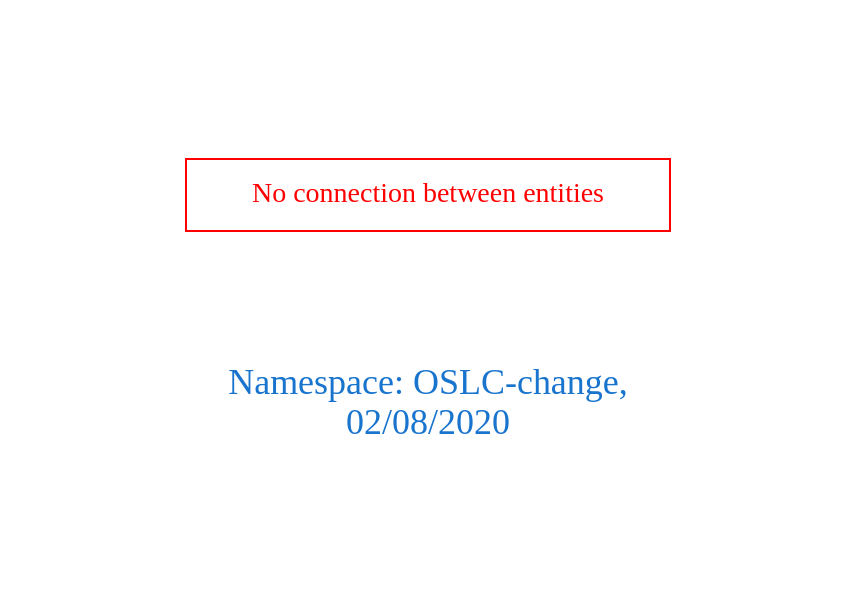
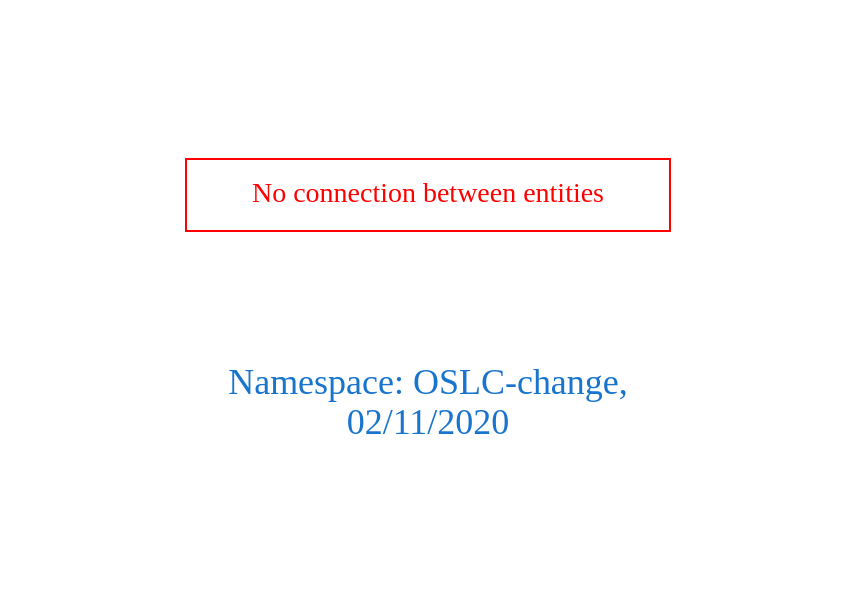
One commit to arago/OGIT changed the diagram in downloads/OSLC-change.dot. Above: the diagram before and after it, drawn with Graphviz. The commit also changed 1693 other files, not shown here.

```diff
--- a/downloads/OSLC-change.dot
+++ b/downloads/OSLC-change.dot
@@ -1,9 +1,9 @@
 digraph OGIT_ontology {
  graph [ rankdir= LR,pad=1 
 fontsize = 18,
-fontcolor= dodgerblue3,label = "\n\n\nNamespace: OSLC-change, \n 02/08/2020"];
+fontcolor= dodgerblue3,label = "\n\n\nNamespace: OSLC-change, \n 02/11/2020"];
 node[shape=polygon];
 edge [  color="gray81"];
 
 "No connection between entities" [fontcolor = "red",color="red", shape="polygon"]
 }
```
